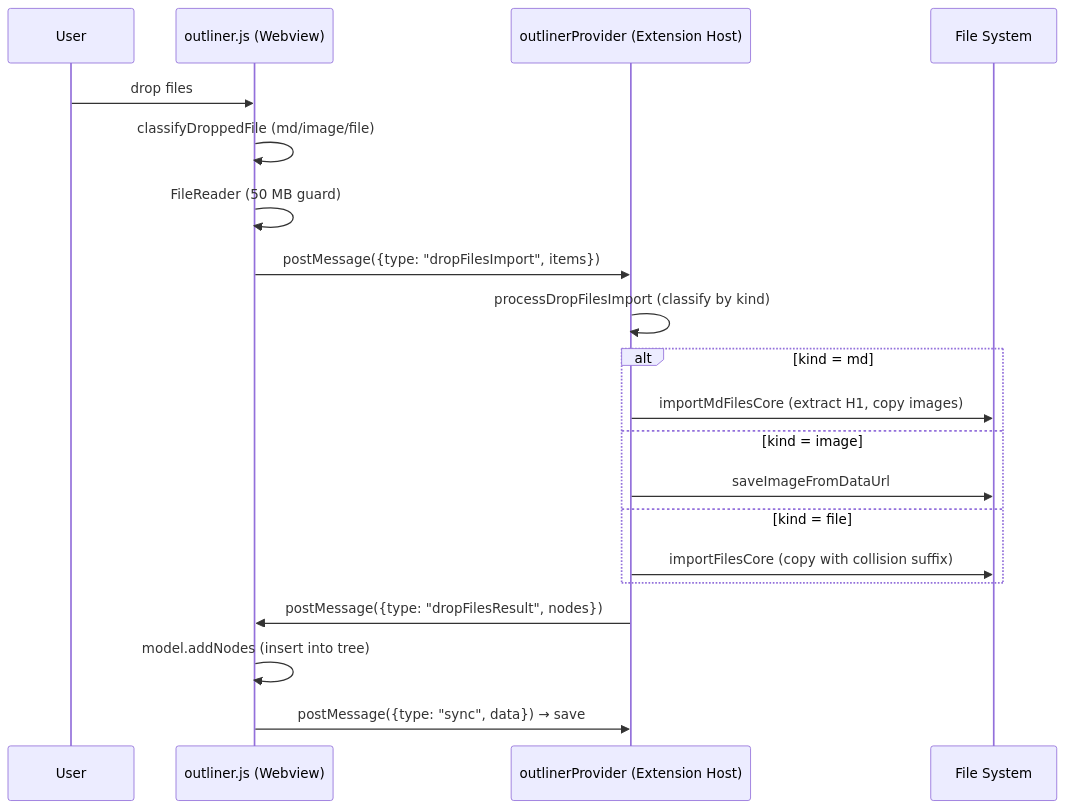
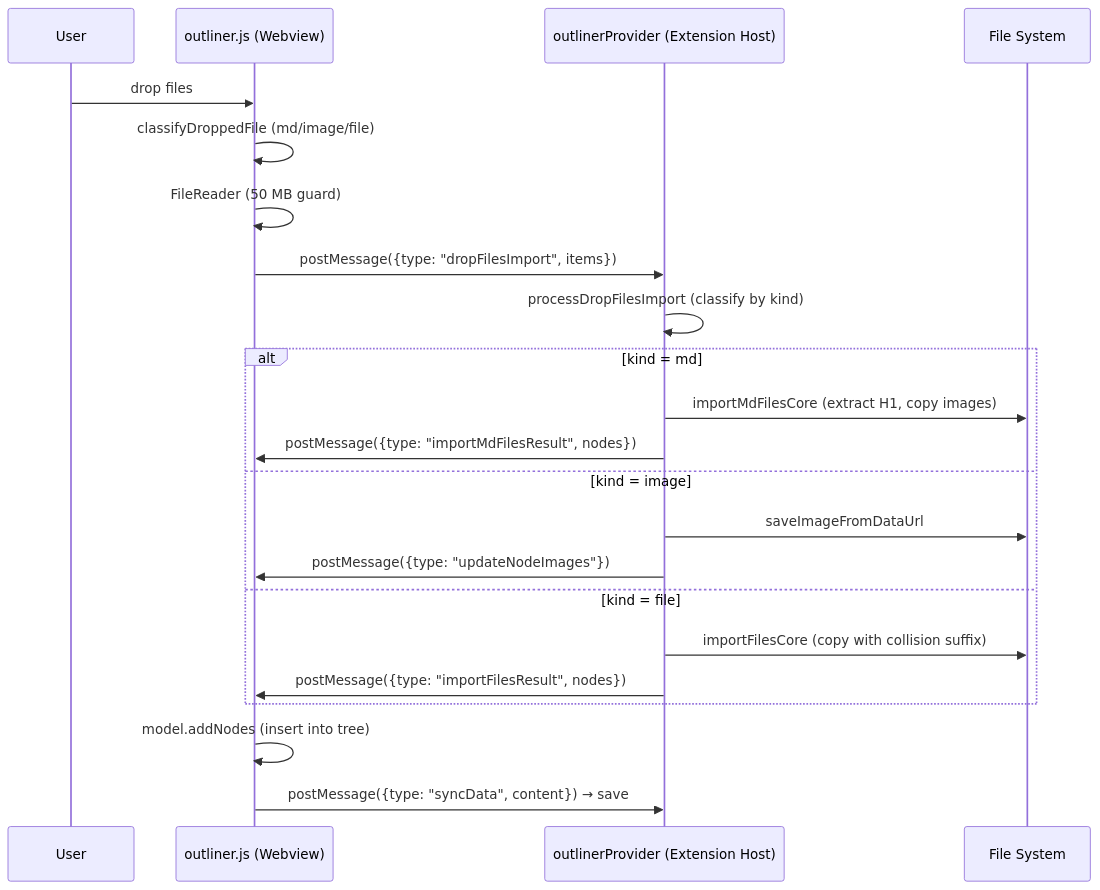
One commit to raggbal/fractal changed the third of 4 diagrams in docs/specs/flows.md. Above: the diagram before and after it, drawn with Mermaid. The commit also changed other lines of this file and 19 other files, not shown here.

````diff
--- a/docs/specs/flows.md
+++ b/docs/specs/flows.md
@@ -52,23 +52,25 @@
 ```mermaid
 sequenceDiagram
     participant U as User
     participant WV as outliner.js (Webview)
     participant EH as outlinerProvider (Extension Host)
     participant FS as File System
 
     U->>WV: drop files
     WV->>WV: classifyDroppedFile (md/image/file)
     WV->>WV: FileReader (50 MB guard)
     WV->>EH: postMessage({type: "dropFilesImport", items})
     EH->>EH: processDropFilesImport (classify by kind)
     alt kind = md
         EH->>FS: importMdFilesCore (extract H1, copy images)
+        EH->>WV: postMessage({type: "importMdFilesResult", nodes})
     else kind = image
         EH->>FS: saveImageFromDataUrl
+        EH->>WV: postMessage({type: "updateNodeImages"})
     else kind = file
         EH->>FS: importFilesCore (copy with collision suffix)
+        EH->>WV: postMessage({type: "importFilesResult", nodes})
     end
-    EH->>WV: postMessage({type: "dropFilesResult", nodes})
     WV->>WV: model.addNodes (insert into tree)
-    WV->>EH: postMessage({type: "sync", data}) → save
+    WV->>EH: postMessage({type: "syncData", content}) → save
 ```
````
